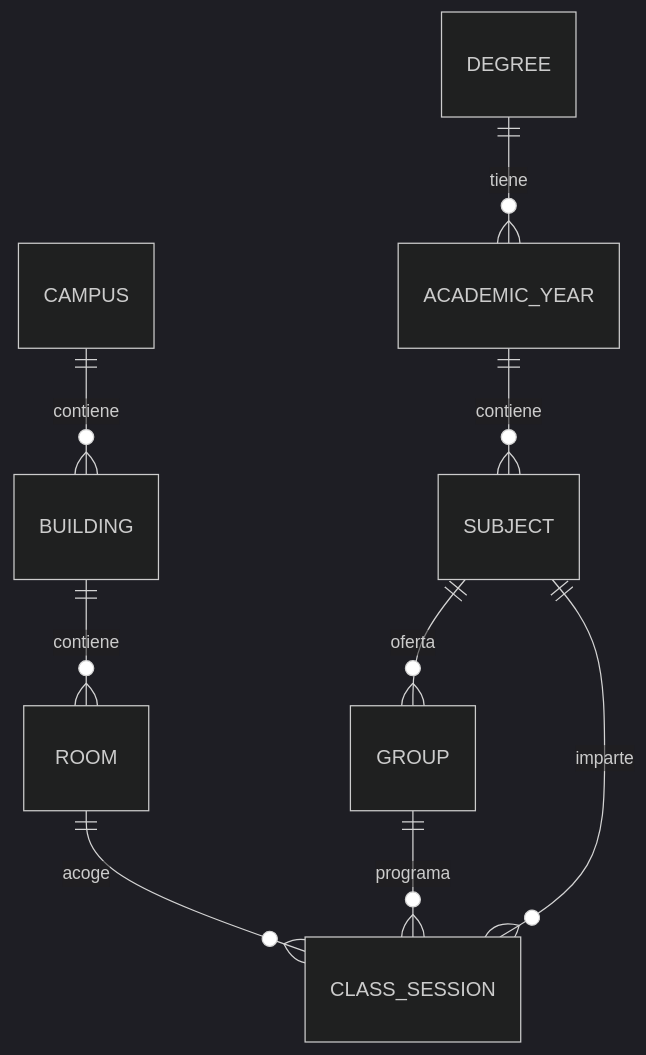
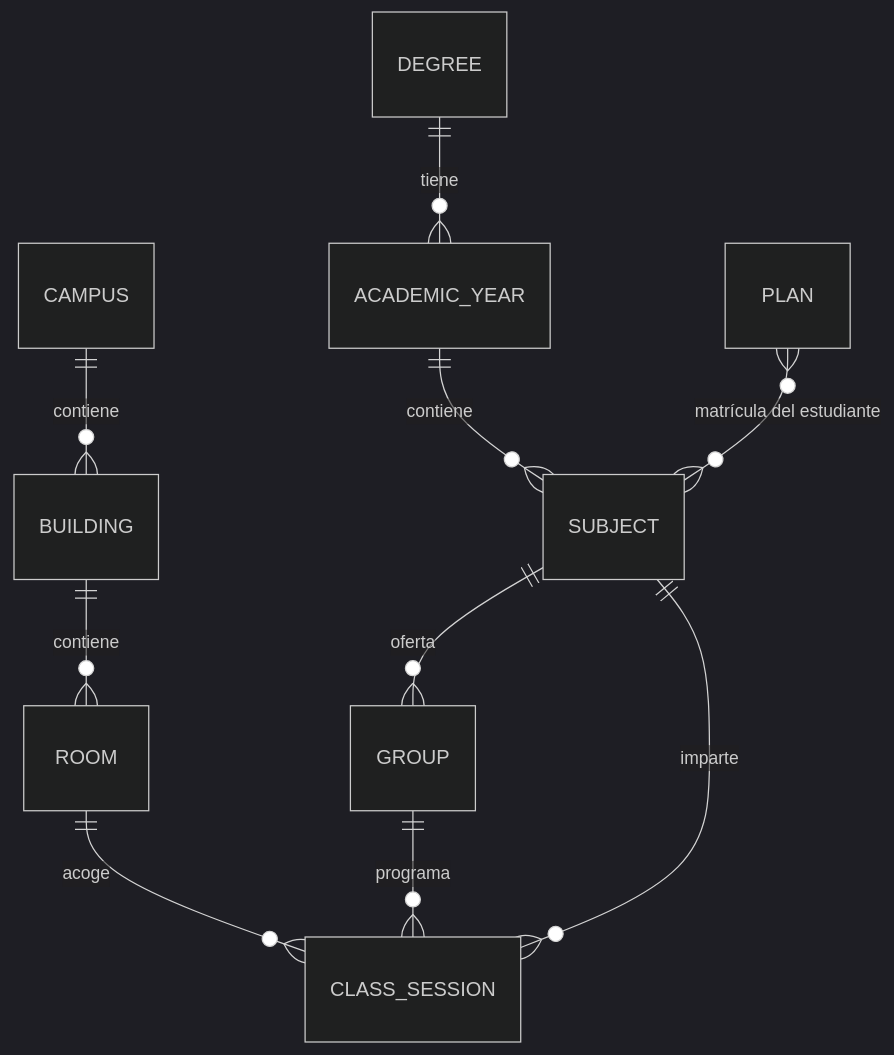
The diagram in docs/data-model.md (AliceeMadness/HUSC), drawn with Mermaid (dark theme) before and after one commit. The commit also changed other lines of this file and 16 other files, not shown here.

````diff
--- a/docs/data-model.md
+++ b/docs/data-model.md
@@ -28,11 +28,12 @@
 ```mermaid
 erDiagram
     CAMPUS ||--o{ BUILDING : contiene
     BUILDING ||--o{ ROOM : contiene
     DEGREE ||--o{ ACADEMIC_YEAR : tiene
     ACADEMIC_YEAR ||--o{ SUBJECT : contiene
     SUBJECT ||--o{ GROUP : oferta
     GROUP ||--o{ CLASS_SESSION : programa
     ROOM ||--o{ CLASS_SESSION : acoge
     SUBJECT ||--o{ CLASS_SESSION : imparte
+    PLAN }o--o{ SUBJECT : "matrícula del estudiante"
 ```
````
